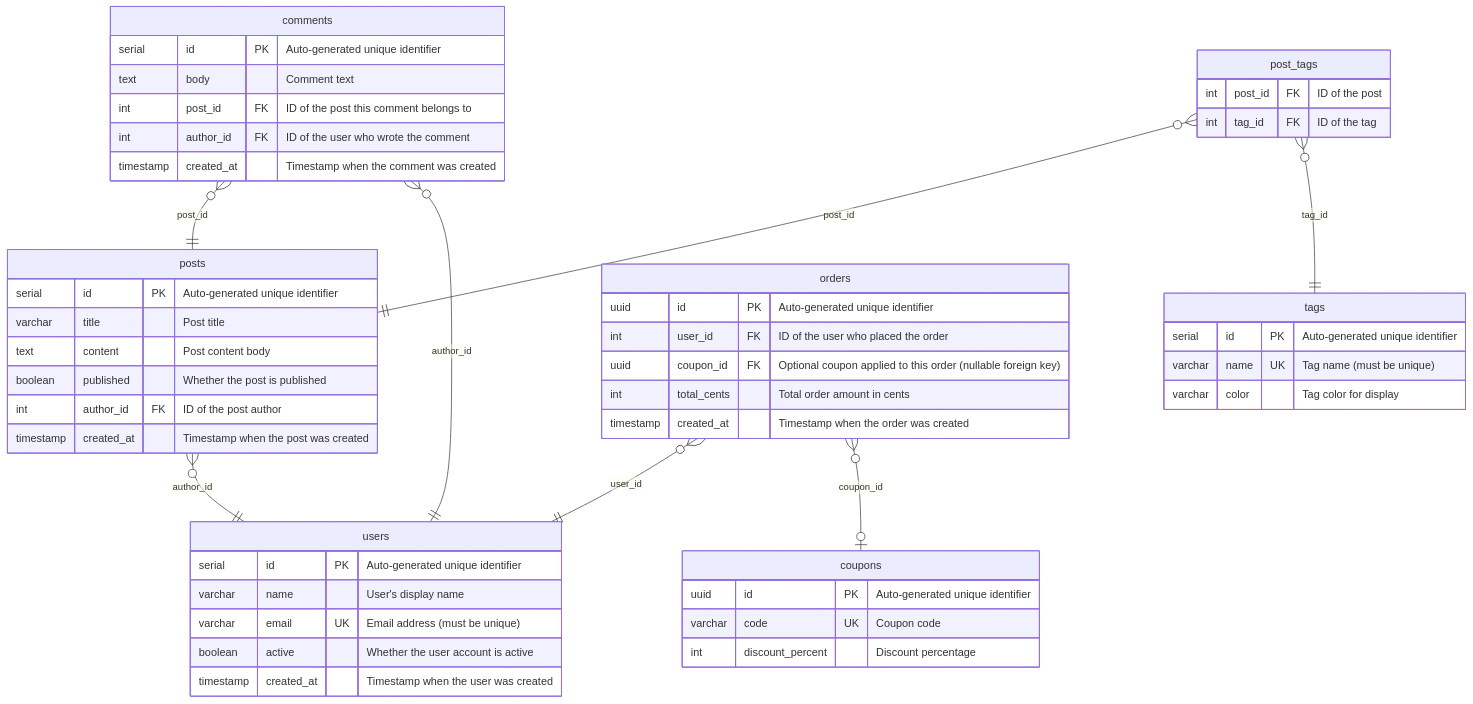
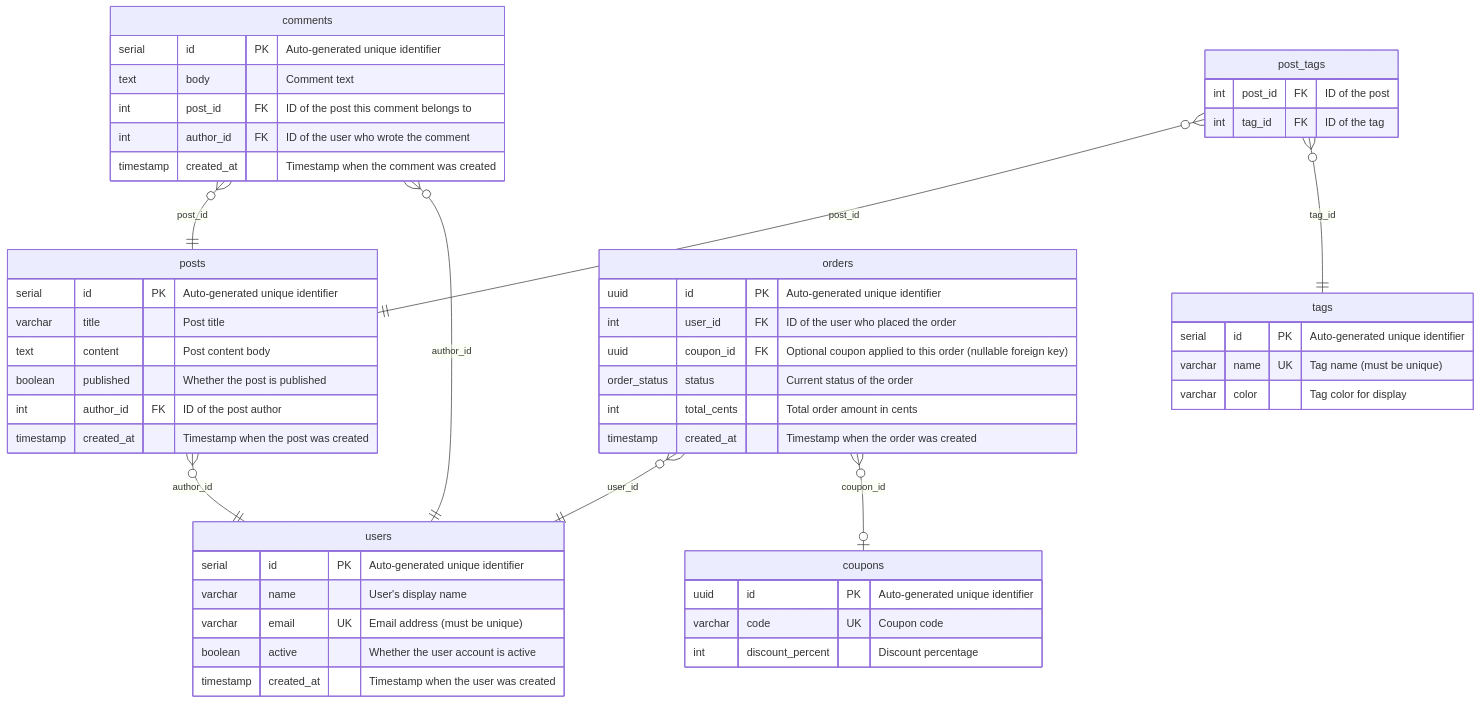
One commit to rikeda71/drizzle-docs-generator changed the diagram in examples/pg/v0/markdown/README.md. Above: the diagram before and after it, drawn with Mermaid. The commit also changed other lines of this file and 27 other files, not shown here.

````diff
--- a/examples/pg/v0/markdown/README.md
+++ b/examples/pg/v0/markdown/README.md
@@ -17,54 +25,55 @@
 ```mermaid
 erDiagram
     posts }o--|| users : "author_id"
     comments }o--|| posts : "post_id"
     comments }o--|| users : "author_id"
     post_tags }o--|| posts : "post_id"
     post_tags }o--|| tags : "tag_id"
     orders }o--|| users : "user_id"
     orders }o--o| coupons : "coupon_id"
 
     comments {
         serial id PK "Auto-generated unique identifier"
         text body "Comment text"
         int post_id FK "ID of the post this comment belongs to"
         int author_id FK "ID of the user who wrote the comment"
         timestamp created_at "Timestamp when the comment was created"
     }
     coupons {
         uuid id PK "Auto-generated unique identifier"
         varchar code UK "Coupon code"
         int discount_percent "Discount percentage"
     }
     orders {
         uuid id PK "Auto-generated unique identifier"
         int user_id FK "ID of the user who placed the order"
         uuid coupon_id FK "Optional coupon applied to this order (nullable foreign key)"
+        order_status status "Current status of the order"
         int total_cents "Total order amount in cents"
         timestamp created_at "Timestamp when the order was created"
     }
     post_tags {
         int post_id FK "ID of the post"
         int tag_id FK "ID of the tag"
     }
     posts {
         serial id PK "Auto-generated unique identifier"
         varchar title "Post title"
         text content "Post content body"
         boolean published "Whether the post is published"
         int author_id FK "ID of the post author"
         timestamp created_at "Timestamp when the post was created"
     }
     tags {
         serial id PK "Auto-generated unique identifier"
         varchar name UK "Tag name (must be unique)"
         varchar color "Tag color for display"
     }
     users {
         serial id PK "Auto-generated unique identifier"
         varchar name "User's display name"
         varchar email UK "Email address (must be unique)"
         boolean active "Whether the user account is active"
         timestamp created_at "Timestamp when the user was created"
     }
 ```
````
